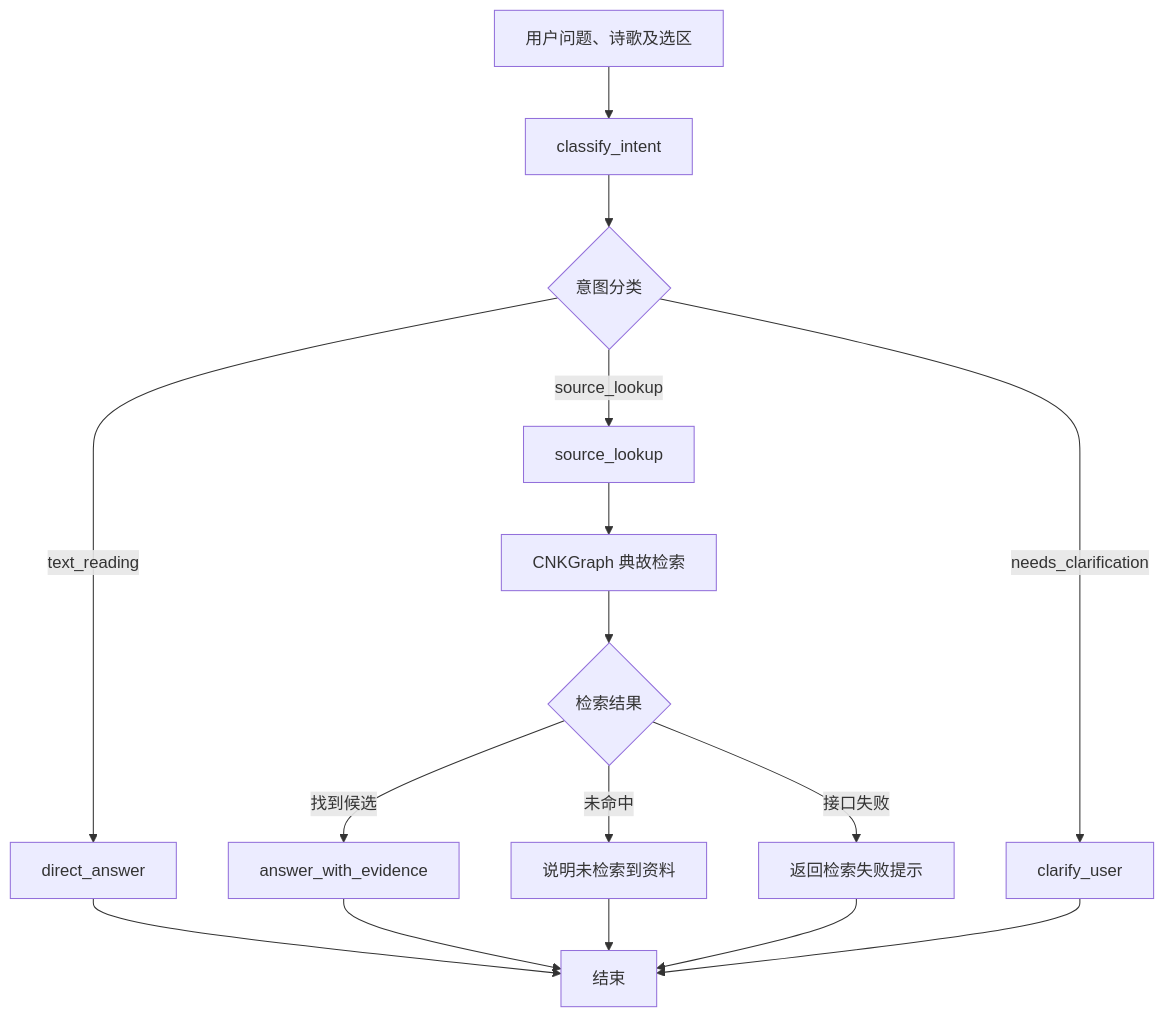
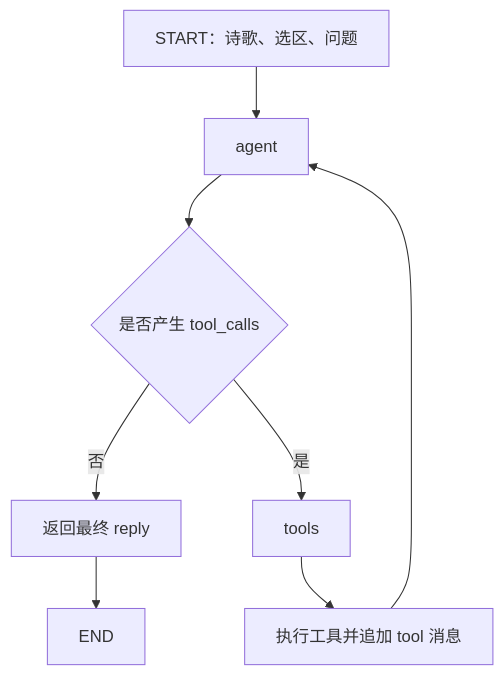
The diagram in docs/architecture/langgraph.md (montricwang/poeticus), drawn with Mermaid before and after one commit. The commit also changed other lines of this file and 1 other file, not shown here.

Commit message:
docs: align README and architecture with ReAct agent

````diff
--- a/docs/architecture/langgraph.md
+++ b/docs/architecture/langgraph.md
@@ -13,21 +14,10 @@
 ```mermaid
 flowchart TD
-    A[用户问题、诗歌及选区] --> B[classify_intent]
-    B --> C{意图分类}
-
-    C -->|text_reading| D[direct_answer]
-    C -->|source_lookup| E[source_lookup]
-    C -->|needs_clarification| F[clarify_user]
-
-    E --> G[CNKGraph 典故检索]
-    G --> H{检索结果}
-    H -->|找到候选| I[answer_with_evidence]
-    H -->|未命中| J[说明未检索到资料]
-    H -->|接口失败| K[返回检索失败提示]
-
-    D --> L[结束]
-    I --> L
-    J --> L
-    K --> L
-    F --> L
+    A["START：诗歌、选区、问题"] --> B["agent"]
+    B --> C{"是否产生 tool_calls"}
+    C -->|否| D["返回最终 reply"]
+    C -->|是| E["tools"]
+    E --> F["执行工具并追加 tool 消息"]
+    F --> B
+    D --> G["END"]
 ```
````
